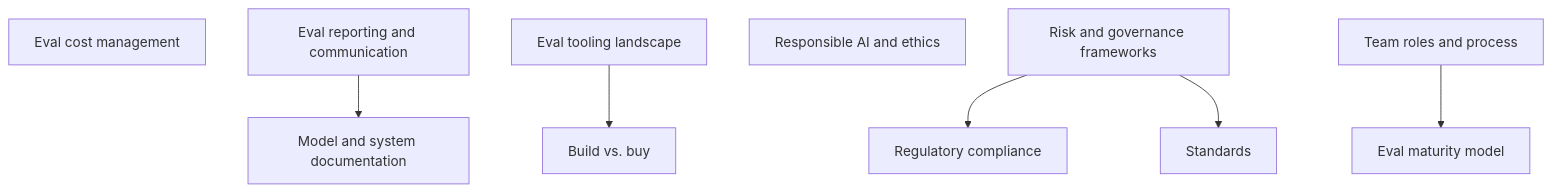
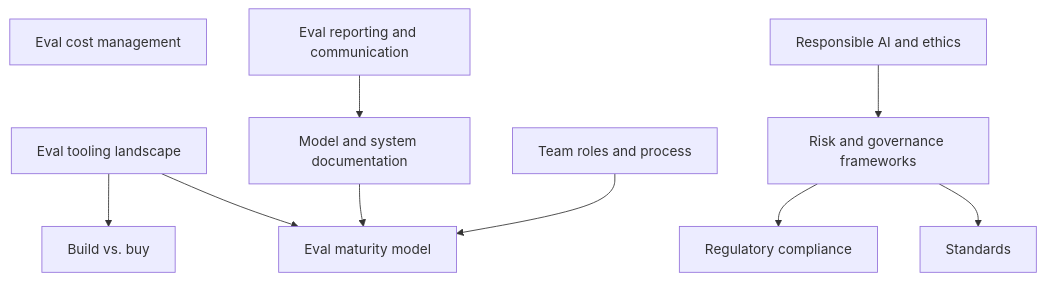
The eighth of 8 diagrams in map/00-overview.md (ksubramanian9/ai_evaluation), drawn with Mermaid before and after one commit. The commit also changed other lines of this file and 91 other files, not shown here.

````diff
--- a/map/00-overview.md
+++ b/map/00-overview.md
@@ -282,19 +282,22 @@
 ```mermaid
 flowchart TD
   n_build_vs_buy["Build vs. buy"]
   n_eval_cost_management["Eval cost management"]
   n_eval_maturity_model["Eval maturity model"]
   n_eval_reporting_and_communication["Eval reporting and communication"]
   n_eval_tooling_landscape["Eval tooling landscape"]
   n_model_and_system_documentation["Model and system documentation"]
   n_regulatory_compliance["Regulatory compliance"]
   n_responsible_ai_ethics["Responsible AI and ethics"]
   n_risk_and_governance_frameworks["Risk and governance frameworks"]
   n_standards["Standards"]
   n_team_roles_and_process["Team roles and process"]
   n_eval_tooling_landscape --> n_build_vs_buy
   n_team_roles_and_process --> n_eval_maturity_model
+  n_model_and_system_documentation --> n_eval_maturity_model
+  n_eval_tooling_landscape --> n_eval_maturity_model
   n_eval_reporting_and_communication --> n_model_and_system_documentation
   n_risk_and_governance_frameworks --> n_regulatory_compliance
+  n_responsible_ai_ethics --> n_risk_and_governance_frameworks
   n_risk_and_governance_frameworks --> n_standards
 ```
````
